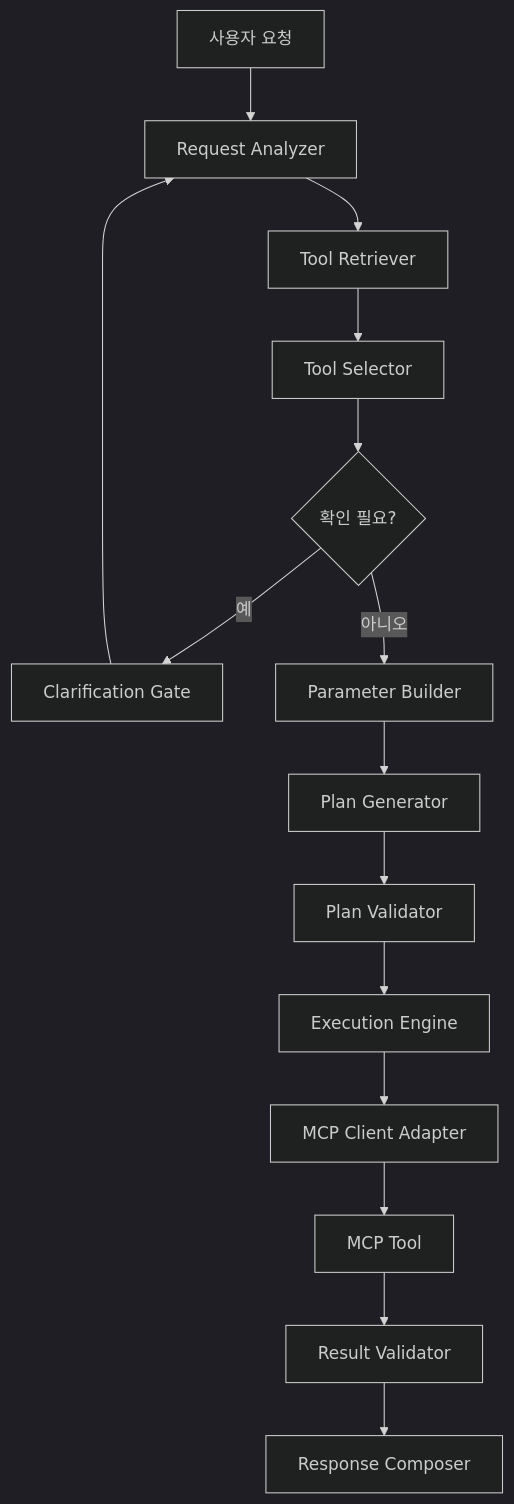
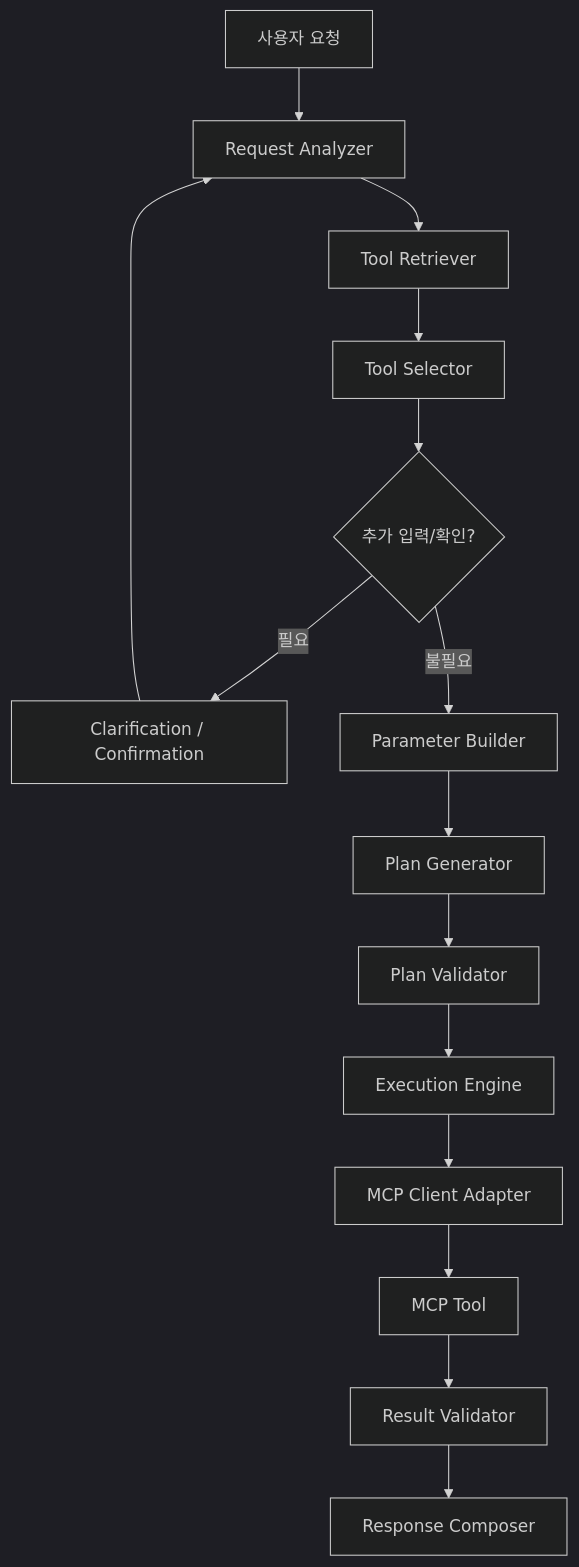
One commit to ramza2/mcp-flow changed the diagram in docs/04-agent-mcp-architecture.md. Above: the diagram before and after it, drawn with Mermaid (dark theme). The commit also changed other lines of this file, not shown here.

Commit message:
docs: align canonical Agent and MCP contracts

````diff
--- a/docs/04-agent-mcp-architecture.md
+++ b/docs/04-agent-mcp-architecture.md
@@ -78,17 +56,17 @@
 ```mermaid
 flowchart TD
-    U["사용자 요청"] --> A["Request Analyzer"]
-    A --> R["Tool Retriever"]
-    R --> S["Tool Selector"]
-    S --> C{"확인 필요?"}
-    C -- "예" --> Q["Clarification Gate"]
+    U[사용자 요청] --> A[Request Analyzer]
+    A --> R[Tool Retriever]
+    R --> S[Tool Selector]
+    S --> C{추가 입력/확인?}
+    C -- 필요 --> Q[Clarification / Confirmation]
     Q --> A
-    C -- "아니오" --> P["Parameter Builder"]
-    P --> G["Plan Generator"]
-    G --> V["Plan Validator"]
-    V --> E["Execution Engine"]
-    E --> M["MCP Client Adapter"]
-    M --> T["MCP Tool"]
-    T --> O["Result Validator"]
-    O --> F["Response Composer"]
+    C -- 불필요 --> P[Parameter Builder]
+    P --> G[Plan Generator]
+    G --> V[Plan Validator]
+    V --> E[Execution Engine]
+    E --> M[MCP Client Adapter]
+    M --> T[MCP Tool]
+    T --> O[Result Validator]
+    O --> F[Response Composer]
 ```
````
